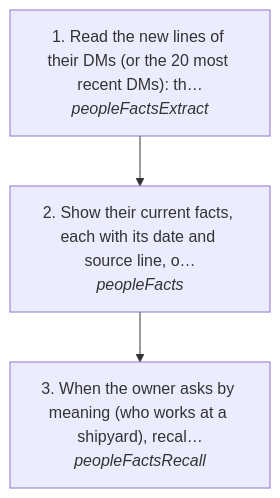
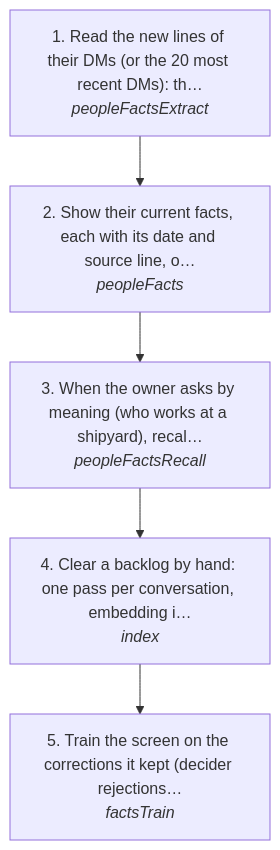
One commit to aggelos-pappas/log changed the diagram in docs/useCases/people/facts.md. Above: the diagram before and after it, drawn with Mermaid. The commit also changed other lines of this file and 42 other files, not shown here.

First line of the commit message:
feat(index): one CPU pass per conversation that embeds, voices and screens it (#299)

````diff
--- a/docs/useCases/people/facts.md
+++ b/docs/useCases/people/facts.md
@@ -14,8 +14,12 @@
 ```mermaid
 flowchart TD
   s0["1. Read the new lines of their DMs (or the 20 most recent DMs): th…<br/><i>peopleFactsExtract</i>"]
   s1["2. Show their current facts, each with its date and source line, o…<br/><i>peopleFacts</i>"]
   s2["3. When the owner asks by meaning (who works at a shipyard), recal…<br/><i>peopleFactsRecall</i>"]
+  s3["4. Clear a backlog by hand: one pass per conversation, embedding i…<br/><i>index</i>"]
+  s4["5. Train the screen on the corrections it kept (decider rejections…<br/><i>factsTrain</i>"]
   s0 --> s1
   s1 --> s2
+  s2 --> s3
+  s3 --> s4
 ```
````
